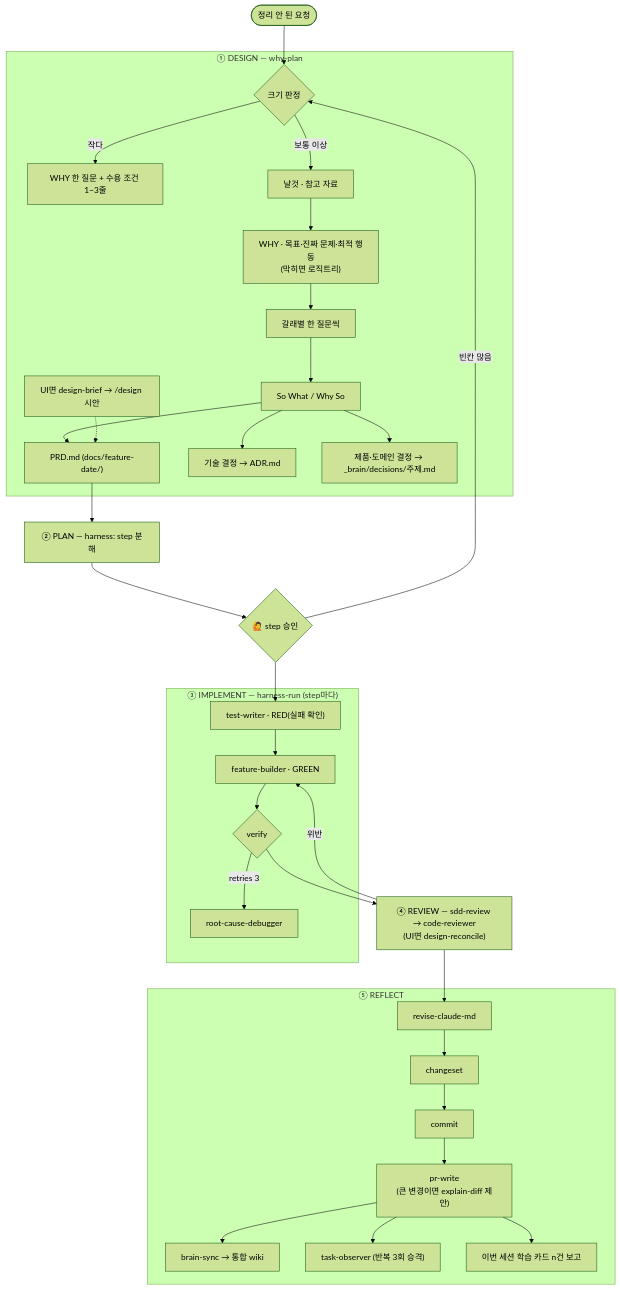
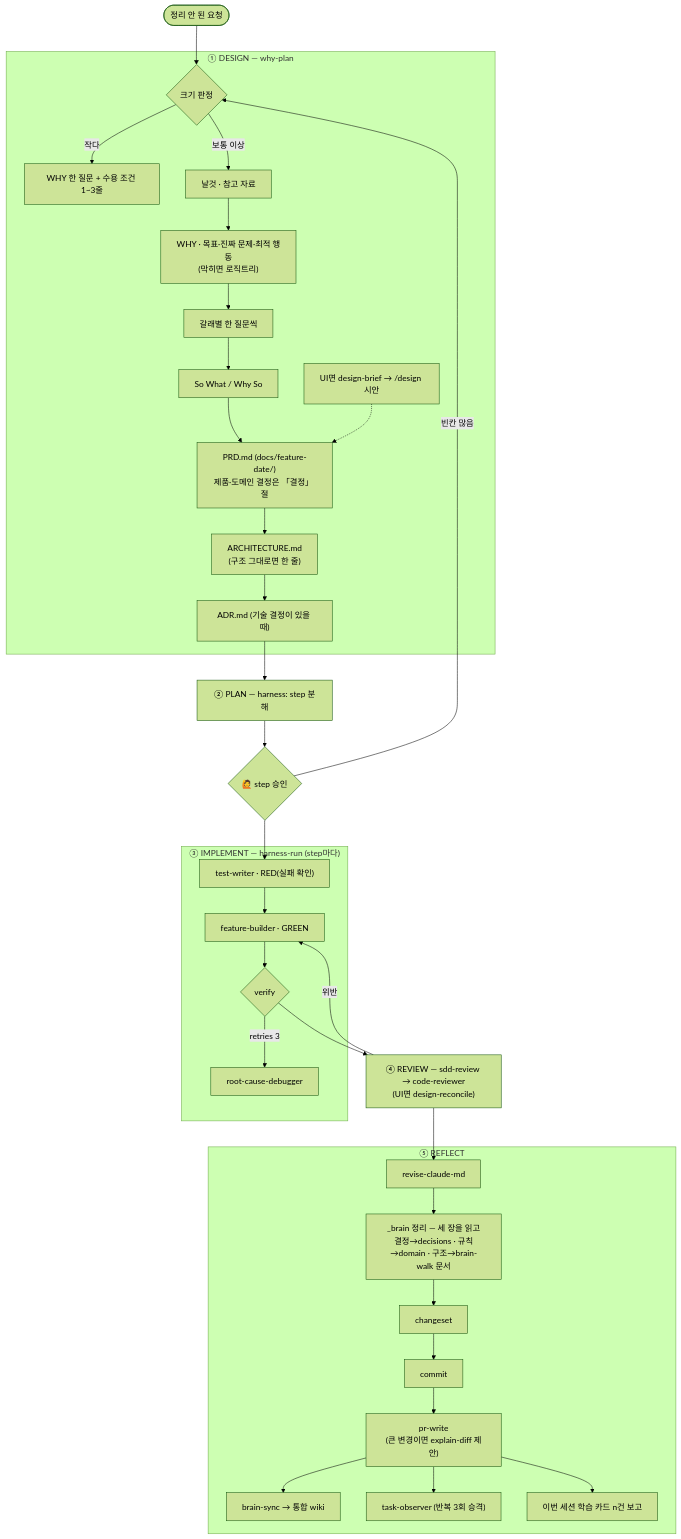
Before and after one commit to jtwjs/claude-harness: the diagram in README.md, drawn with Mermaid (forest theme). The commit also changed other lines of this file and 10 other files, not shown here.

First line of the commit message:
feat: 설계 3장 — why-plan이 PRD·ARCHITECTURE·ADR을 쓰고, _brain은 REFLECT에서 세 장을 보고 정리 (0.12.4)

````diff
--- a/README.md
+++ b/README.md
@@ -22,34 +22,32 @@
 ```mermaid
 flowchart TD
   A([정리 안 된 요청]) --> WP
 
   subgraph DESIGN["① DESIGN — why-plan"]
     WP{크기 판정} -->|작다| S[WHY 한 질문 + 수용 조건 1~3줄]
     WP -->|보통 이상| W1[날것 · 참고 자료] --> W2["WHY · 목표·진짜 문제·최적 행동<br/>(막히면 로직트리)"] --> W3[갈래별 한 질문씩] --> W4[So What / Why So]
-    W4 --> PRD["PRD.md (docs/feature-date/)"]
-    W4 --> ADR[기술 결정 → ADR.md]
-    W4 --> BD["제품·도메인 결정 → _brain/decisions/주제.md"]
+    W4 --> PRD["PRD.md (docs/feature-date/)<br/>제품·도메인 결정은 「결정」 절"] --> ARCH["ARCHITECTURE.md<br/>(구조 그대로면 한 줄)"] --> ADR["ADR.md (기술 결정이 있을 때)"]
     DB["UI면 design-brief → /design 시안"] -.-> PRD
   end
 
-  PRD --> H["② PLAN — harness: step 분해"]
+  ADR --> H["② PLAN — harness: step 분해"]
   H --> G1{🙋 step 승인}
   G1 -->|빈칸 많음| WP
   G1 --> RUN
 
   subgraph IMPL["③ IMPLEMENT — harness-run (step마다)"]
     RUN["test-writer · RED(실패 확인)"] --> FB["feature-builder · GREEN"] --> V{verify}
     V -->|retries 3| RCD[root-cause-debugger]
   end
 
   V --> RV["④ REVIEW — sdd-review → code-reviewer<br/>(UI면 design-reconcile)"]
   RV -->|위반| FB
   RV --> RF
 
   subgraph REFLECT["⑤ REFLECT"]
-    RF[revise-claude-md] --> CS[changeset] --> CM[commit] --> PR["pr-write<br/>(큰 변경이면 explain-diff 제안)"]
+    RF[revise-claude-md] --> BR["_brain 정리 — 세 장을 읽고<br/>결정→decisions · 규칙→domain · 구조→brain-walk 문서"] --> CS[changeset] --> CM[commit] --> PR["pr-write<br/>(큰 변경이면 explain-diff 제안)"]
     PR --> BS["brain-sync → 통합 wiki"]
     PR --> TO["task-observer (반복 3회 승격)"]
     PR --> LC[이번 세션 학습 카드 n건 보고]
   end
 ```
````
